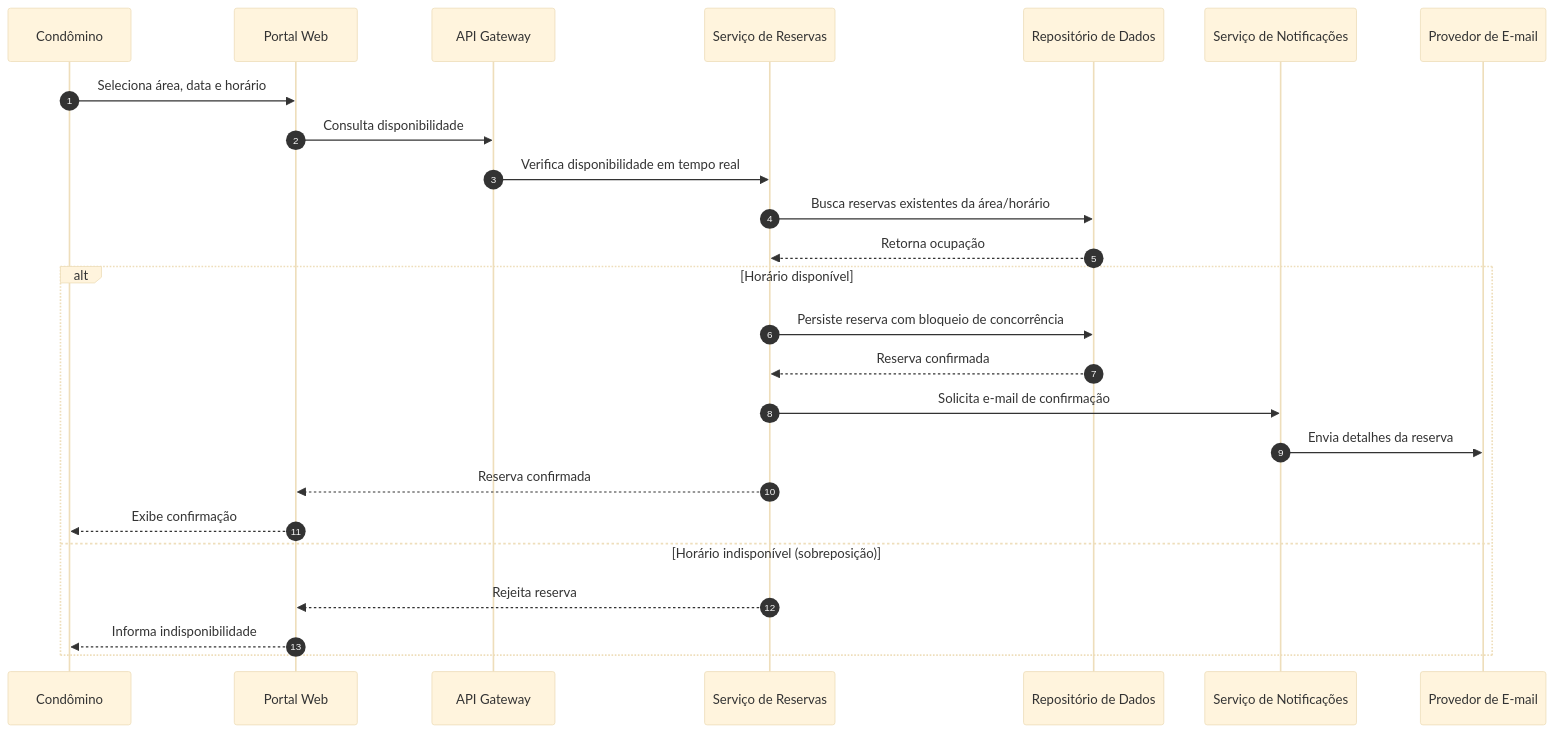
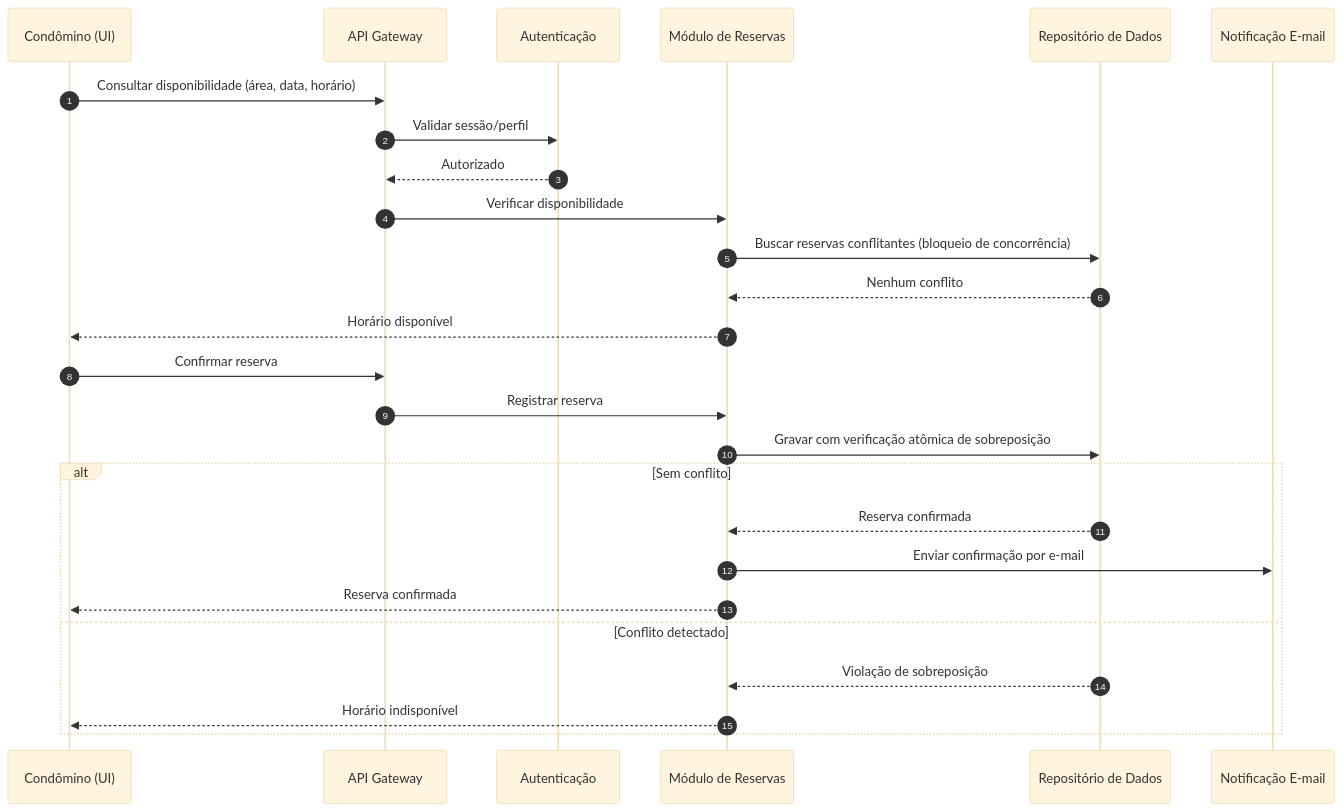
One commit to PDC-ESIA/AI4ES changed the third of 4 diagrams in docs/Time_2_Design/analise-qualitativa/outputs/relatorio_claude_opus_4_8_M04.md. Above: the diagram before and after it, drawn with Mermaid (base theme). The commit also changed other lines of this file and 107 other files, not shown here.

````diff
--- a/docs/Time_2_Design/analise-qualitativa/outputs/relatorio_claude_opus_4_8_M04.md
+++ b/docs/Time_2_Design/analise-qualitativa/outputs/relatorio_claude_opus_4_8_M04.md
@@ -133,28 +146,29 @@
 ```mermaid
 sequenceDiagram
     autonumber
-    participant C as Condômino
-    participant P as Portal Web
-    participant G as API Gateway
-    participant R as Serviço de Reservas
-    participant D as Repositório de Dados
-    participant N as Serviço de Notificações
-    participant M as Provedor de E-mail
+    participant C as Condômino (UI)
+    participant GW as API Gateway
+    participant AUTH as Autenticação
+    participant RES as Módulo de Reservas
+    participant DB as Repositório de Dados
+    participant NOT as Notificação E-mail
 
-    C->>P: Seleciona área, data e horário
-    P->>G: Consulta disponibilidade
-    G->>R: Verifica disponibilidade em tempo real
-    R->>D: Busca reservas existentes da área/horário
-    D-->>R: Retorna ocupação
-    alt Horário disponível
-        R->>D: Persiste reserva com bloqueio de concorrência
-        D-->>R: Reserva confirmada
-        R->>N: Solicita e-mail de confirmação
-        N->>M: Envia detalhes da reserva
-        R-->>P: Reserva confirmada
-        P-->>C: Exibe confirmação
-    else Horário indisponível (sobreposição)
-        R-->>P: Rejeita reserva
-        P-->>C: Informa indisponibilidade
+    C->>GW: Consultar disponibilidade (área, data, horário)
+    GW->>AUTH: Validar sessão/perfil
+    AUTH-->>GW: Autorizado
+    GW->>RES: Verificar disponibilidade
+    RES->>DB: Buscar reservas conflitantes (bloqueio de concorrência)
+    DB-->>RES: Nenhum conflito
+    RES-->>C: Horário disponível
+    C->>GW: Confirmar reserva
+    GW->>RES: Registrar reserva
+    RES->>DB: Gravar com verificação atômica de sobreposição
+    alt Sem conflito
+        DB-->>RES: Reserva confirmada
+        RES->>NOT: Enviar confirmação por e-mail
+        RES-->>C: Reserva confirmada
+    else Conflito detectado
+        DB-->>RES: Violação de sobreposição
+        RES-->>C: Horário indisponível
     end
 ```
````
